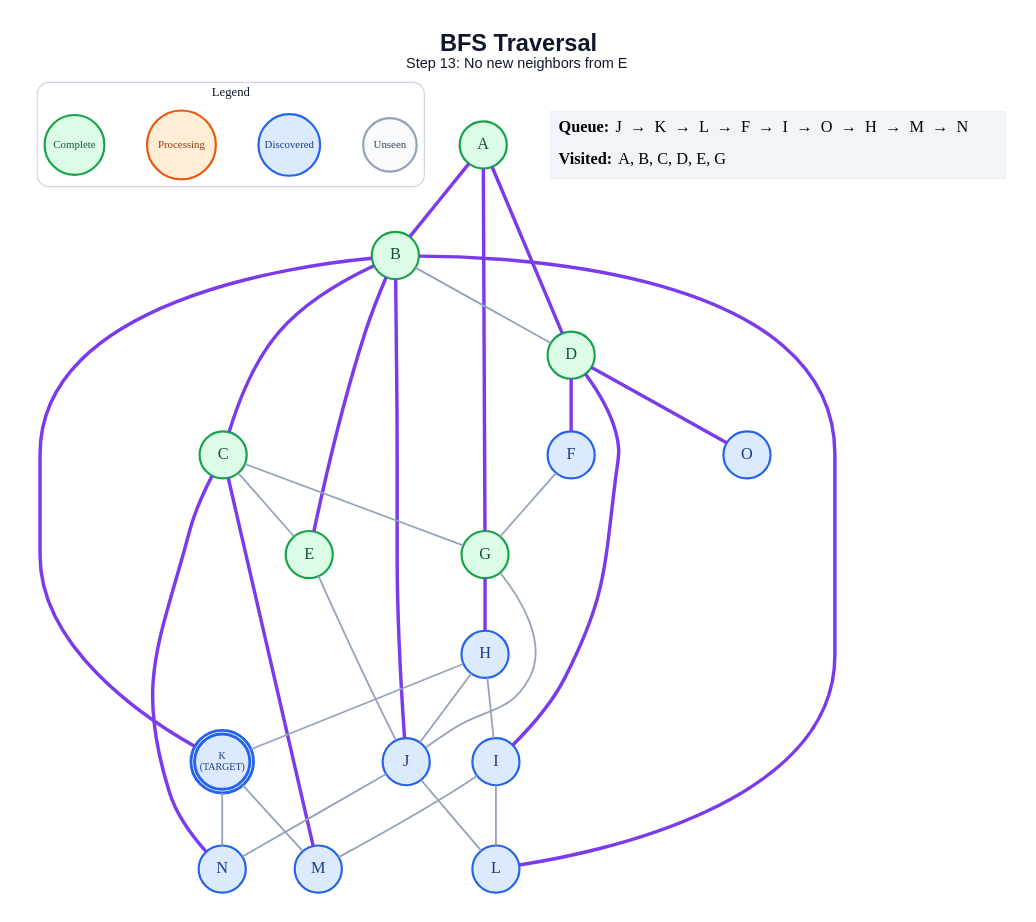
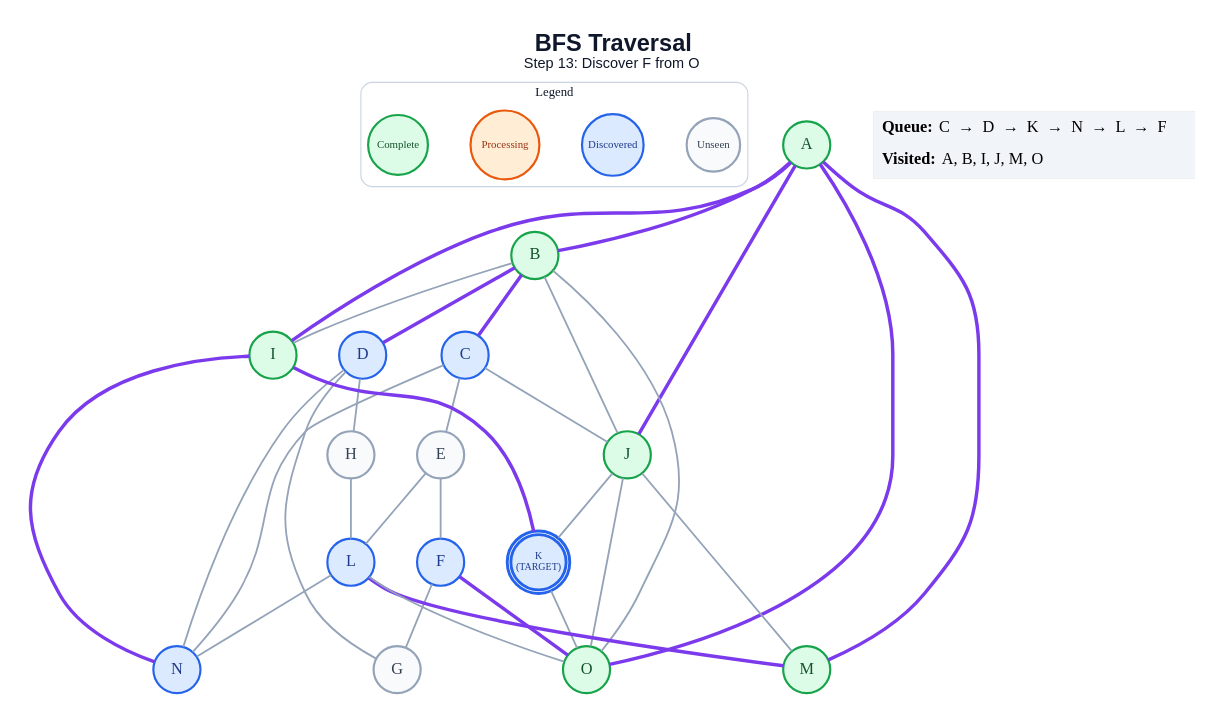
Before and after one commit to anon7238593-create/ai-slop: the diagram in generated/specific-node/bfs/step_13.dot, drawn with Graphviz. The commit also changed 248 other files, not shown here.

```diff
--- a/generated/specific-node/bfs/step_13.dot
+++ b/generated/specific-node/bfs/step_13.dot
@@ -1,63 +1,64 @@
 graph traversal {
   graph [layout=dot, rankdir=TB, bgcolor="#FFFFFF", pad="0.35", nodesep="0.65", ranksep="0.8", fontname="Arial"];
   node [shape=circle, style="filled", fontname="Arial Bold", fontsize=18, width=0.72, fixedsize=true, penwidth=2.4];
   edge [color="#94A3B8", penwidth=2.0];
-  label=<<B>BFS Traversal</B><BR/><FONT POINT-SIZE="16">Step 13: No new neighbors from E</FONT>>; labelloc="t"; fontsize=26; fontname="Arial"; fontcolor="#0F172A";
+  label=<<B>BFS Traversal</B><BR/><FONT POINT-SIZE="16">Step 13: Discover F from O</FONT>>; labelloc="t"; fontsize=26; fontname="Arial"; fontcolor="#0F172A";
   subgraph cluster_legend { label="Legend"; color="#CBD5E1"; penwidth=1.2; style="rounded"; fontsize=14; fontname="Arial Bold";
     key_unseen [label="Unseen", fillcolor="#F8FAFC", color="#94A3B8", fontcolor="#334155", fontsize=12, width=0.82];
     key_frontier [label="Discovered", fillcolor="#DBEAFE", color="#2563EB", fontcolor="#1E3A8A", fontsize=12, width=0.95];
     key_current [label="Processing", fillcolor="#FFEDD5", color="#EA580C", fontcolor="#9A3412", fontsize=12, width=1.05];
     key_done [label="Complete", fillcolor="#DCFCE7", color="#16A34A", fontcolor="#14532D", fontsize=12, width=0.92];
     { rank=same; key_unseen; key_frontier; key_current; key_done; }
   }
   A [label="A", fillcolor="#DCFCE7", color="#16A34A", fontcolor="#14532D", peripheries=1, penwidth=2.4];
   B [label="B", fillcolor="#DCFCE7", color="#16A34A", fontcolor="#14532D", peripheries=1, penwidth=2.4];
-  C [label="C", fillcolor="#DCFCE7", color="#16A34A", fontcolor="#14532D", peripheries=1, penwidth=2.4];
-  D [label="D", fillcolor="#DCFCE7", color="#16A34A", fontcolor="#14532D", peripheries=1, penwidth=2.4];
-  E [label="E", fillcolor="#DCFCE7", color="#16A34A", fontcolor="#14532D", peripheries=1, penwidth=2.4];
+  C [label="C", fillcolor="#DBEAFE", color="#2563EB", fontcolor="#1E3A8A", peripheries=1, penwidth=2.4];
+  D [label="D", fillcolor="#DBEAFE", color="#2563EB", fontcolor="#1E3A8A", peripheries=1, penwidth=2.4];
+  E [label="E", fillcolor="#F8FAFC", color="#94A3B8", fontcolor="#334155", peripheries=1, penwidth=2.4];
   F [label="F", fillcolor="#DBEAFE", color="#2563EB", fontcolor="#1E3A8A", peripheries=1, penwidth=2.4];
-  G [label="G", fillcolor="#DCFCE7", color="#16A34A", fontcolor="#14532D", peripheries=1, penwidth=2.4];
-  H [label="H", fillcolor="#DBEAFE", color="#2563EB", fontcolor="#1E3A8A", peripheries=1, penwidth=2.4];
-  I [label="I", fillcolor="#DBEAFE", color="#2563EB", fontcolor="#1E3A8A", peripheries=1, penwidth=2.4];
-  J [label="J", fillcolor="#DBEAFE", color="#2563EB", fontcolor="#1E3A8A", peripheries=1, penwidth=2.4];
+  G [label="G", fillcolor="#F8FAFC", color="#94A3B8", fontcolor="#334155", peripheries=1, penwidth=2.4];
+  H [label="H", fillcolor="#F8FAFC", color="#94A3B8", fontcolor="#334155", peripheries=1, penwidth=2.4];
+  I [label="I", fillcolor="#DCFCE7", color="#16A34A", fontcolor="#14532D", peripheries=1, penwidth=2.4];
+  J [label="J", fillcolor="#DCFCE7", color="#16A34A", fontcolor="#14532D", peripheries=1, penwidth=2.4];
   K [label="K\n(TARGET)", fillcolor="#DBEAFE", color="#2563EB", fontcolor="#1E3A8A", peripheries=2, penwidth=3.2, fontsize=11, width=0.85, height=0.85];
   L [label="L", fillcolor="#DBEAFE", color="#2563EB", fontcolor="#1E3A8A", peripheries=1, penwidth=2.4];
-  M [label="M", fillcolor="#DBEAFE", color="#2563EB", fontcolor="#1E3A8A", peripheries=1, penwidth=2.4];
+  M [label="M", fillcolor="#DCFCE7", color="#16A34A", fontcolor="#14532D", peripheries=1, penwidth=2.4];
   N [label="N", fillcolor="#DBEAFE", color="#2563EB", fontcolor="#1E3A8A", peripheries=1, penwidth=2.4];
-  O [label="O", fillcolor="#DBEAFE", color="#2563EB", fontcolor="#1E3A8A", peripheries=1, penwidth=2.4];
+  O [label="O", fillcolor="#DCFCE7", color="#16A34A", fontcolor="#14532D", peripheries=1, penwidth=2.4];
   A -- B [color="#7C3AED", penwidth=3.8];
-  A -- D [color="#7C3AED", penwidth=3.8];
-  A -- G [color="#7C3AED", penwidth=3.8];
+  A -- I [color="#7C3AED", penwidth=3.8];
+  A -- J [color="#7C3AED", penwidth=3.8];
+  A -- M [color="#7C3AED", penwidth=3.8];
+  A -- O [color="#7C3AED", penwidth=3.8];
   B -- C [color="#7C3AED", penwidth=3.8];
-  B -- D;
-  B -- E [color="#7C3AED", penwidth=3.8];
-  B -- J [color="#7C3AED", penwidth=3.8];
-  B -- K [color="#7C3AED", penwidth=3.8];
-  B -- L [color="#7C3AED", penwidth=3.8];
+  B -- D [color="#7C3AED", penwidth=3.8];
+  B -- I;
+  B -- J;
+  B -- O;
   C -- E;
-  C -- G;
-  C -- M [color="#7C3AED", penwidth=3.8];
-  C -- N [color="#7C3AED", penwidth=3.8];
-  D -- F [color="#7C3AED", penwidth=3.8];
-  D -- I [color="#7C3AED", penwidth=3.8];
-  D -- O [color="#7C3AED", penwidth=3.8];
-  E -- J;
+  C -- J;
+  C -- N;
+  D -- G;
+  D -- H;
+  D -- N;
+  E -- F;
+  E -- L;
   F -- G;
-  G -- H [color="#7C3AED", penwidth=3.8];
-  G -- J;
-  H -- I;
-  H -- J;
-  H -- K;
-  I -- L;
-  I -- M;
-  J -- L;
-  J -- N;
-  K -- M;
-  K -- N;
+  F -- O [color="#7C3AED", penwidth=3.8];
+  H -- L;
+  I -- K [color="#7C3AED", penwidth=3.8];
+  I -- N [color="#7C3AED", penwidth=3.8];
+  J -- K;
+  J -- M;
+  J -- O;
+  K -- O;
+  L -- M [color="#7C3AED", penwidth=3.8];
+  L -- N;
+  L -- O;
   status [shape=plain, fixedsize=false, width=0, height=0, margin=0, label=<
     <TABLE BORDER="0" CELLBORDER="0" CELLPADDING="7" BGCOLOR="#F1F5F9">
-      <TR><TD ALIGN="LEFT"><B>Queue:</B> J  →  K  →  L  →  F  →  I  →  O  →  H  →  M  →  N</TD></TR>
-      <TR><TD ALIGN="LEFT"><B>Visited:</B> A, B, C, D, E, G</TD></TR>
+      <TR><TD ALIGN="LEFT"><B>Queue:</B> C  →  D  →  K  →  N  →  L  →  F</TD></TR>
+      <TR><TD ALIGN="LEFT"><B>Visited:</B> A, B, I, J, M, O</TD></TR>
     </TABLE>
   >];
 }
```
